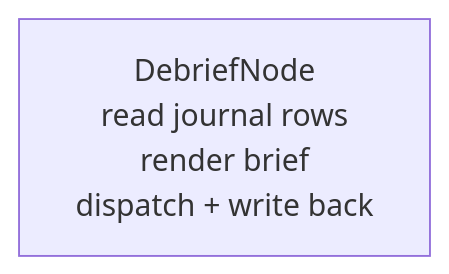
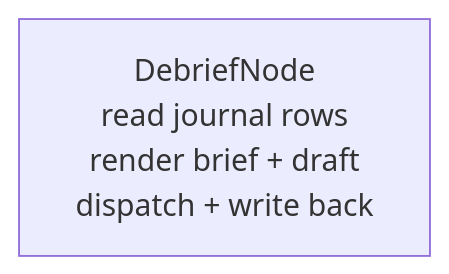
The diagram in docs/workflows/debrief.md (bredmond1019/engine-rs), drawn with Mermaid before and after one commit. The commit also changed other lines of this file and 1 other file, not shown here.

````diff
--- a/docs/workflows/debrief.md
+++ b/docs/workflows/debrief.md
@@ -51,4 +54,4 @@
 ```mermaid
 flowchart LR
-    A["DebriefNode<br/>read journal rows<br/>render brief<br/>dispatch + write back"]
+    A["DebriefNode<br/>read journal rows<br/>render brief + draft<br/>dispatch + write back"]
 ```
````
